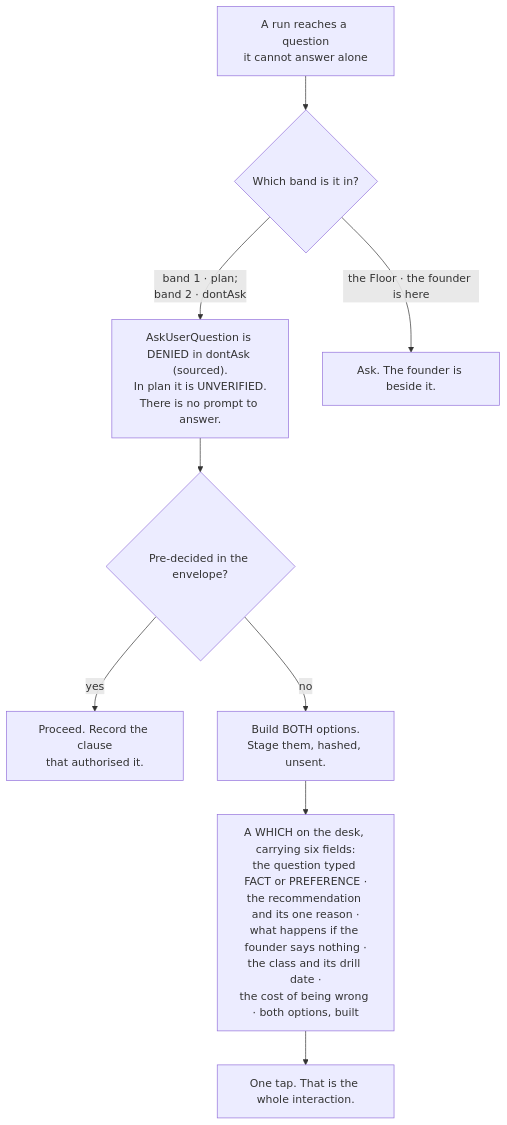
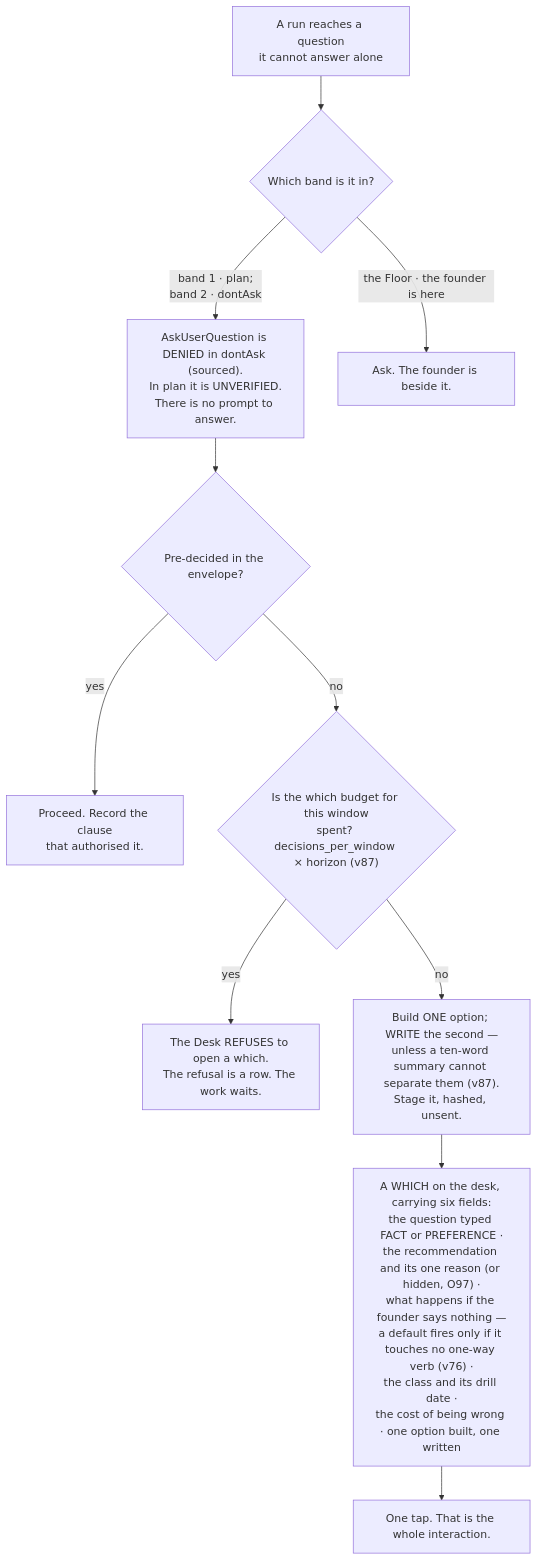
The third of 5 diagrams in docs/03-system-design/final-v2/parts/12-control.md (Adam077K/agentvibe), drawn with Mermaid before and after one commit. The commit also changed other lines of this file and 3 other files, not shown here.

First line of the commit message:
docs(final-v2): fixer round applied to §9–§12 — fallback chain on the shipped flag, CLIs as the second family with no keys, daemon row, adequacy axis, R12 split, verb table, ladder, one stop verb

````diff
--- a/docs/03-system-design/final-v2/parts/12-control.md
+++ b/docs/03-system-design/final-v2/parts/12-control.md
@@ -202,11 +249,13 @@
 ```mermaid
 flowchart TD
     Q["A run reaches a question<br/>it cannot answer alone"] --> MODE{"Which band is it in?"}
     MODE -->|"band 1 · plan;<br/>band 2 · dontAsk"| DENIED["AskUserQuestion is DENIED in dontAsk (sourced).<br/>In plan it is UNVERIFIED.<br/>There is no prompt to answer."]
     MODE -->|"the Floor · the founder is here"| ASK["Ask. The founder is beside it."]
     DENIED --> ENV{"Pre-decided in the envelope?"}
     ENV -->|"yes"| GO["Proceed. Record the clause<br/>that authorised it."]
-    ENV -->|"no"| BUILD["Build BOTH options.<br/>Stage them, hashed, unsent."]
-    BUILD --> DESK["A WHICH on the desk, carrying six fields:<br/>the question typed FACT or PREFERENCE ·<br/>the recommendation and its one reason ·<br/>what happens if the founder says nothing ·<br/>the class and its drill date ·<br/>the cost of being wrong · both options, built"]
+    ENV -->|"no"| BUDGET{"Is the which budget for this window<br/>spent? decisions_per_window × horizon (v87)"}
+    BUDGET -->|"yes"| REFUSED["The Desk REFUSES to open a which.<br/>The refusal is a row. The work waits."]
+    BUDGET -->|"no"| BUILD["Build ONE option; WRITE the second —<br/>unless a ten-word summary cannot separate them (v87).<br/>Stage it, hashed, unsent."]
+    BUILD --> DESK["A WHICH on the desk, carrying six fields:<br/>the question typed FACT or PREFERENCE ·<br/>the recommendation and its one reason (or hidden, O97) ·<br/>what happens if the founder says nothing —<br/>a default fires only if it touches no one-way verb (v76) ·<br/>the class and its drill date ·<br/>the cost of being wrong · one option built, one written"]
     DESK --> TAP["One tap. That is the whole interaction."]
 ```
````
